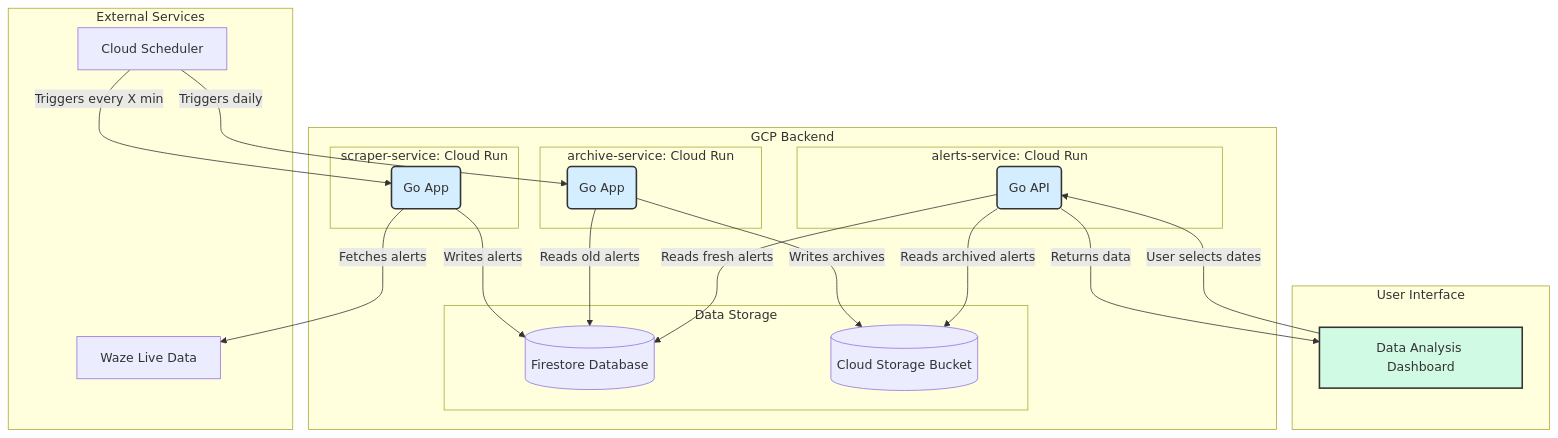
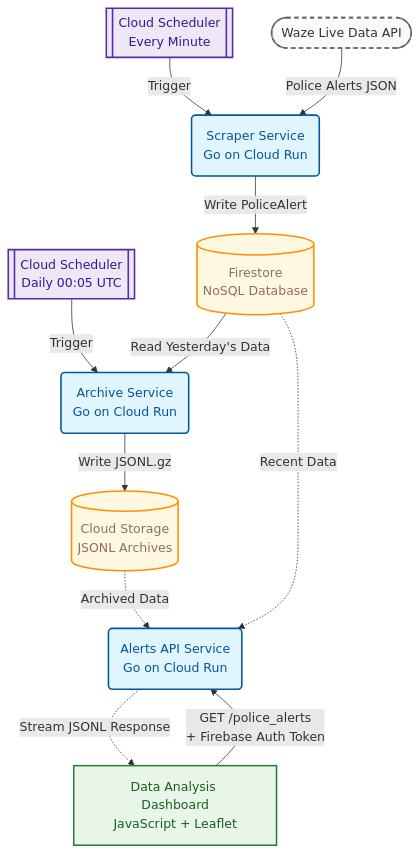
Before and after one commit to Lllllllleong/wazePoliceScraperGCP: the diagram in docs/ARCHITECTURE.md, drawn with Mermaid. The commit also changed other lines of this file, not shown here.

Commit message:
refactor: improve Mermaid diagram layout to prevent arrow overlap
- Change flowchart direction from LR to TB for cleaner vertical flow
- Remove nested subgraphs that caused cramped spacing
- Separate Cloud Scheduler nodes for clarity
- Apply inline class styling for better syntax
- Add clearer arrow labels and visual hierarchy

````diff
--- a/docs/ARCHITECTURE.md
+++ b/docs/ARCHITECTURE.md
@@ -24,50 +26,42 @@
 ```mermaid
-graph TD
-    subgraph External_Services [External Services]
-        Waze[Waze Live Data]
-        Scheduler[Cloud Scheduler]
-    end
+flowchart TB
+    %% Class Definitions for Styling
+    classDef external fill:#f9f9f9,stroke:#666,stroke-width:2px,stroke-dasharray: 5 5;
+    classDef compute fill:#e1f5fe,stroke:#01579b,stroke-width:2px,color:#01579b;
+    classDef storage fill:#fff8e1,stroke:#ff8f00,stroke-width:2px,color:#8d6e63;
+    classDef ui fill:#e8f5e9,stroke:#2e7d32,stroke-width:2px,color:#1b5e20;
+    classDef trigger fill:#ede7f6,stroke:#512da8,stroke-width:2px,color:#311b92;
 
-    subgraph GCP_Backend [GCP Backend]
-        subgraph Scraper_SRV [scraper-service: Cloud Run]
-            Scraper(Go App)
-        end
+    %% External Triggers
+    Waze([Waze Live Data API]):::external
+    SchedulerScraper[[Cloud Scheduler<br/>Every Minute]]:::trigger
+    SchedulerArchive[[Cloud Scheduler<br/>Daily 00:05 UTC]]:::trigger
 
-        subgraph Alerts_SRV [alerts-service: Cloud Run]
-            AlertsAPI(Go API)
-        end
+    %% Cloud Run Services
+    Scraper(Scraper Service<br/>Go on Cloud Run):::compute
+    Archive(Archive Service<br/>Go on Cloud Run):::compute
+    AlertsAPI(Alerts API Service<br/>Go on Cloud Run):::compute
 
-        subgraph Archive_SRV [archive-service: Cloud Run]
-            Archive(Go App)
-        end
+    %% Storage Layer
+    Firestore[(Firestore<br/>NoSQL Database)]:::storage
+    GCS[(Cloud Storage<br/>JSONL Archives)]:::storage
 
-        subgraph Data_Storage [Data Storage]
-            Firestore[(Firestore Database)]
-            GCS[(Cloud Storage Bucket)]
-        end
-    end
+    %% Frontend
+    Dashboard[Data Analysis Dashboard<br/>JavaScript + Leaflet]:::ui
 
-    subgraph UI [User Interface]
-        Dashboard[Data Analysis Dashboard]
-    end
+    %% Data Flow: Scraper Pipeline
+    SchedulerScraper -->|Trigger| Scraper
+    Waze -->|Police Alerts JSON| Scraper
+    Scraper -->|Write PoliceAlert| Firestore
 
-    %% Data Flow
-    Scheduler -->|Triggers every X min| Scraper
-    Scraper -->|Fetches alerts| Waze
-    Scraper -->|Writes alerts| Firestore
+    %% Data Flow: Archive Pipeline
+    SchedulerArchive -->|Trigger| Archive
+    Firestore -->|Read Yesterday's Data| Archive
+    Archive -->|Write JSONL.gz| GCS
 
-    Scheduler -->|Triggers daily| Archive
-    Archive -->|Reads old alerts| Firestore
-    Archive -->|Writes archives| GCS
-
-    Dashboard -->|User selects dates| AlertsAPI
-    AlertsAPI -->|Reads fresh alerts| Firestore
-    AlertsAPI -->|Reads archived alerts| GCS
-    AlertsAPI -->|Returns data| Dashboard
-
-    %% Styling
-    style Scraper fill:#d4edff,stroke:#333,stroke-width:2px
-    style AlertsAPI fill:#d4edff,stroke:#333,stroke-width:2px
-    style Archive fill:#d4edff,stroke:#333,stroke-width:2px
-    style Dashboard fill:#d1fae5,stroke:#333,stroke-width:2px
+    %% Data Flow: Frontend Access
+    Dashboard -->|GET /police_alerts<br/>+ Firebase Auth Token| AlertsAPI
+    Firestore -.->|Recent Data| AlertsAPI
+    GCS -.->|Archived Data| AlertsAPI
+    AlertsAPI -.->|Stream JSONL Response| Dashboard
 ```
````
